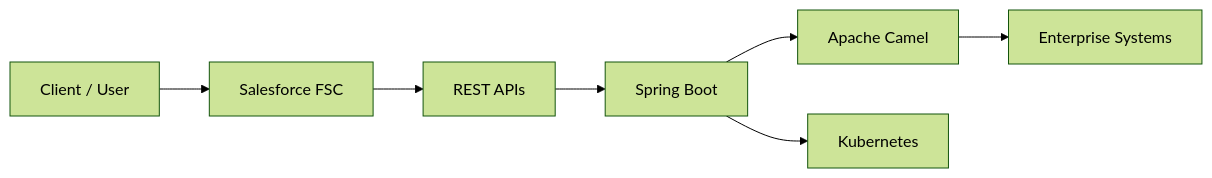
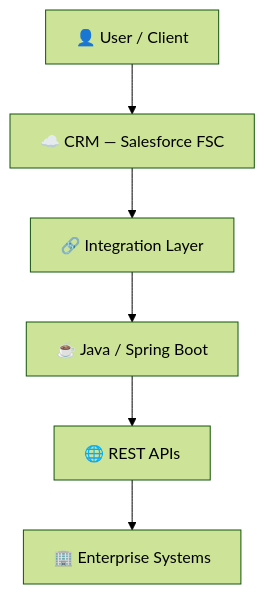
One commit to aditya17-09/aditya17-09 changed the second of 2 diagrams in README.md. Above: the diagram before and after it, drawn with Mermaid (forest theme). The commit also changed other lines of this file, not shown here.

````diff
--- a/README.md
+++ b/README.md
@@ -153,17 +239,8 @@
 ```mermaid
-flowchart LR
-    Client["Client / User"]
-    CRM["Salesforce FSC"]
-    API["REST APIs"]
-    Java["Spring Boot"]
-    Integration["Apache Camel"]
-    Enterprise["Enterprise Systems"]
-    Infra["Kubernetes"]
-
-    Client --> CRM
-    CRM --> API
-    API --> Java
-    Java --> Integration
-    Integration --> Enterprise
-    Java --> Infra
+flowchart TD
+    A["👤 User / Client"] --> B["☁️ CRM — Salesforce FSC"]
+    B --> C["🔗 Integration Layer"]
+    C --> D["☕ Java / Spring Boot"]
+    D --> E["🌐 REST APIs"]
+    E --> F["🏢 Enterprise Systems"]
 ```
````
